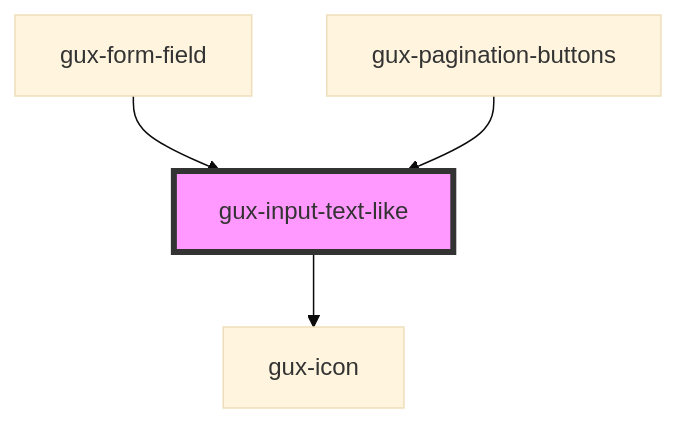
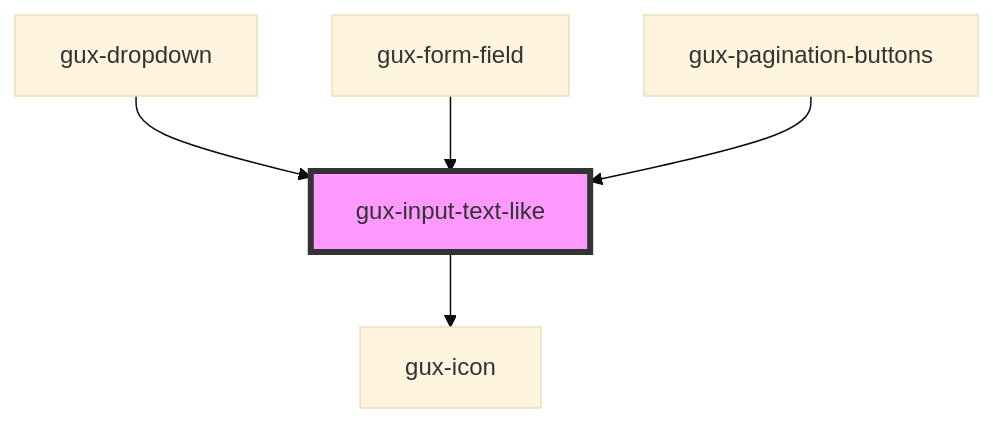
Before and after one commit to MyPureCloud/genesys-spark: the diagram in src/components/stable/gux-form-field/components/gux-input-text-like/readme.md, drawn with Mermaid (base theme). The commit also changed other lines of this file and 6 other files, not shown here.

First line of the commit message:
feat(gux-dropdown): remove gux-text-field-legacy dependency

````diff
--- a/src/components/stable/gux-form-field/components/gux-input-text-like/readme.md
+++ b/src/components/stable/gux-form-field/components/gux-input-text-like/readme.md
@@ -32,7 +33,8 @@
 ```mermaid
 graph TD;
   gux-input-text-like --> gux-icon
+  gux-dropdown --> gux-input-text-like
   gux-form-field --> gux-input-text-like
   gux-pagination-buttons --> gux-input-text-like
   style gux-input-text-like fill:#f9f,stroke:#333,stroke-width:4px
 ```
````
